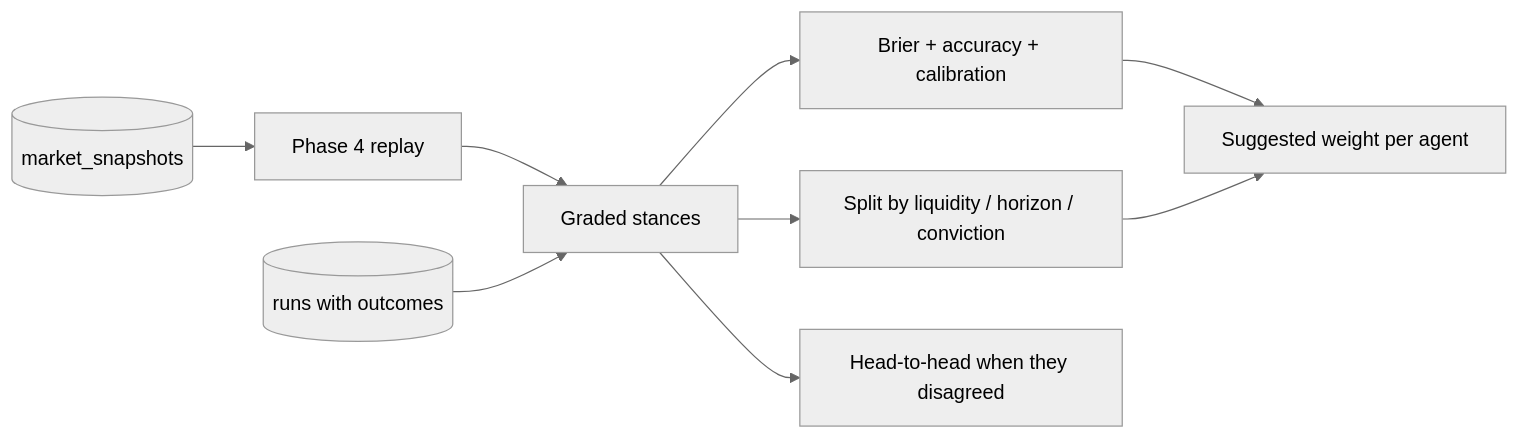
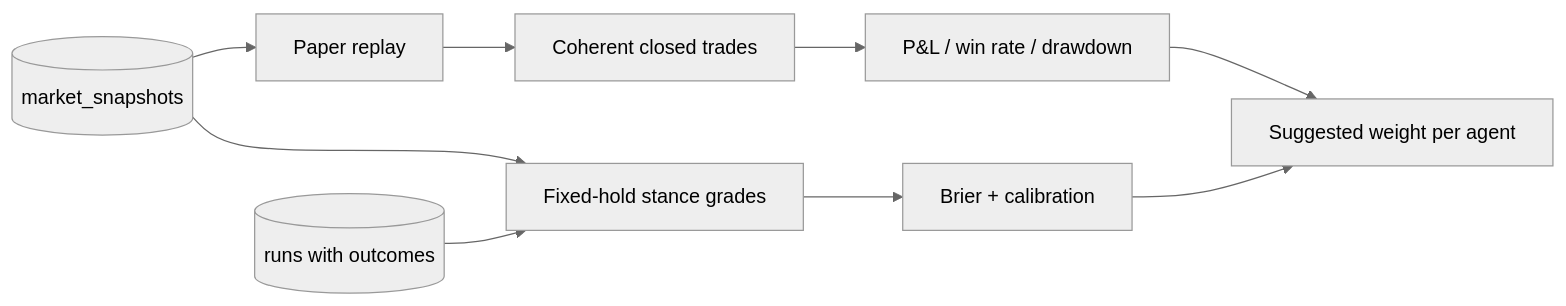
The fourth of 4 diagrams in docs/ResearchDataset.md (RalphLavelle/PMTrader), drawn with Mermaid (neutral theme) before and after one commit. The commit also changed other lines of this file and 153 other files, not shown here.

````diff
--- a/docs/ResearchDataset.md
+++ b/docs/ResearchDataset.md
@@ -571,11 +594,11 @@
 ```mermaid
 flowchart LR
-  Snap[(market_snapshots)] --> Replay[Phase 4 replay]
-  Replay --> Stances[Graded stances]
-  Runs[(runs with outcomes)] --> Stances
-  Stances --> Score[Brier + accuracy + calibration]
-  Stances --> Regime[Split by liquidity / horizon / conviction]
-  Stances --> H2H[Head-to-head when they disagreed]
-  Score --> Weight[Suggested weight per agent]
-  Regime --> Weight
+  Snap[(market_snapshots)] --> Paper[Paper replay]
+  Paper --> Trades[Coherent closed trades]
+  Trades --> TradeScore[P&L / win rate / drawdown]
+  Snap --> StanceReplay[Fixed-hold stance grades]
+  Runs[(runs with outcomes)] --> StanceReplay
+  StanceReplay --> Forecast[Brier + calibration]
+  TradeScore --> Weight[Suggested weight per agent]
+  Forecast --> Weight
 ```
````
